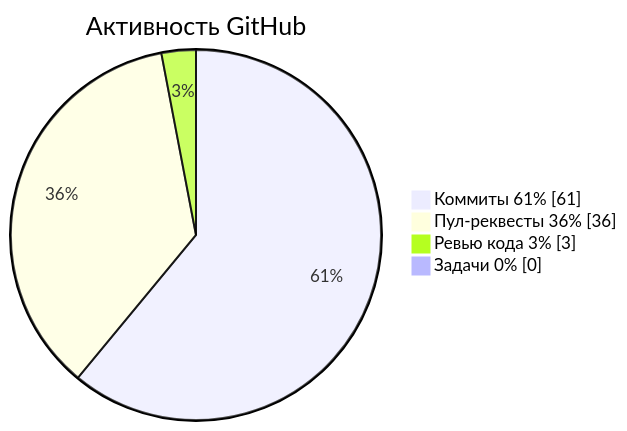
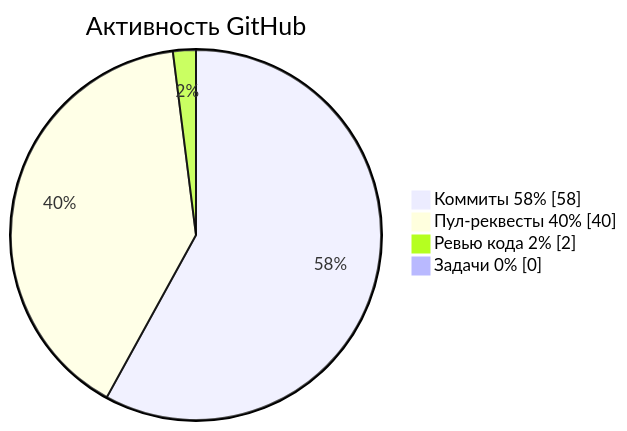
One commit to krotname/KrotName changed the diagram in README.md. Above: the diagram before and after it, drawn with Mermaid. The commit also changed other lines of this file and 1 other file, not shown here.

Commit message:
Update profile metrics

````diff
--- a/README.md
+++ b/README.md
@@ -47,8 +47,8 @@
 ```mermaid
 pie showData
     title Активность GitHub
-    "Коммиты 61%" : 61
-    "Пул-реквесты 36%" : 36
-    "Ревью кода 3%" : 3
+    "Коммиты 58%" : 58
+    "Пул-реквесты 40%" : 40
+    "Ревью кода 2%" : 2
     "Задачи 0%" : 0
 ```
````
